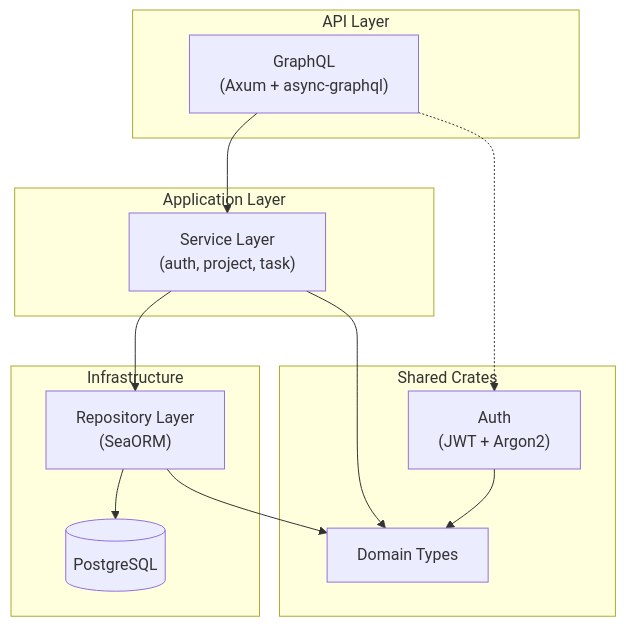
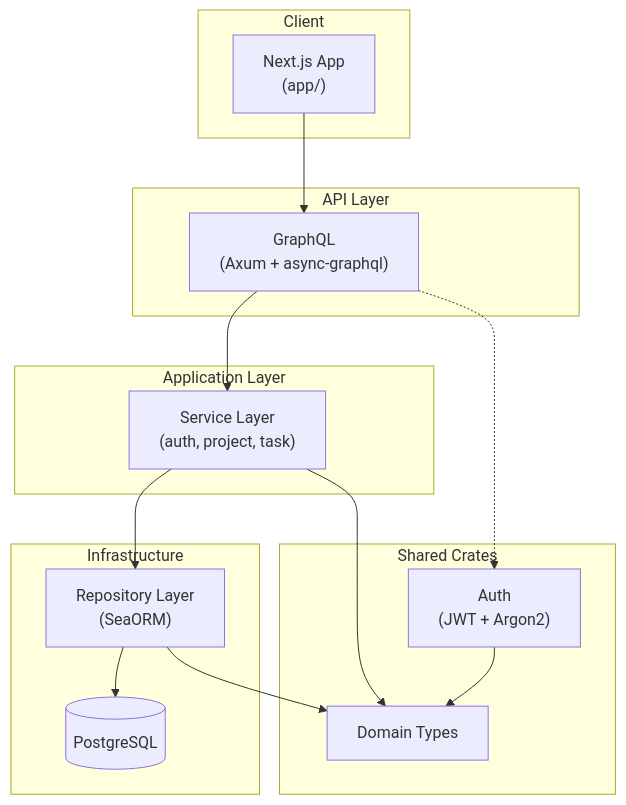
Before and after one commit to Boluwatife-AJB/devboard: the diagram in README.md, drawn with Mermaid. The commit also changed other lines of this file and 1 other file, not shown here.

````diff
--- a/README.md
+++ b/README.md
@@ -9,28 +9,33 @@
 ```mermaid
 flowchart TB
+    subgraph client["Client"]
+        WEB["Next.js App<br/>(app/)"]
+    end
+
     subgraph api["API Layer"]
         GQL["GraphQL<br/>(Axum + async-graphql)"]
     end
 
-    subgraph app["Application Layer"]
+    subgraph app_layer["Application Layer"]
         SVC["Service Layer<br/>(auth, project, task)"]
     end
 
     subgraph infra["Infrastructure"]
         REPO["Repository Layer<br/>(SeaORM)"]
         DB[("PostgreSQL")]
     end
 
     subgraph shared["Shared Crates"]
         DOM["Domain Types"]
         AUTH["Auth<br/>(JWT + Argon2)"]
     end
 
+    WEB --> GQL
     GQL --> SVC
     SVC --> REPO
     REPO --> DB
     GQL -.-> AUTH
     SVC --> DOM
     REPO --> DOM
     AUTH --> DOM
 ```
````
